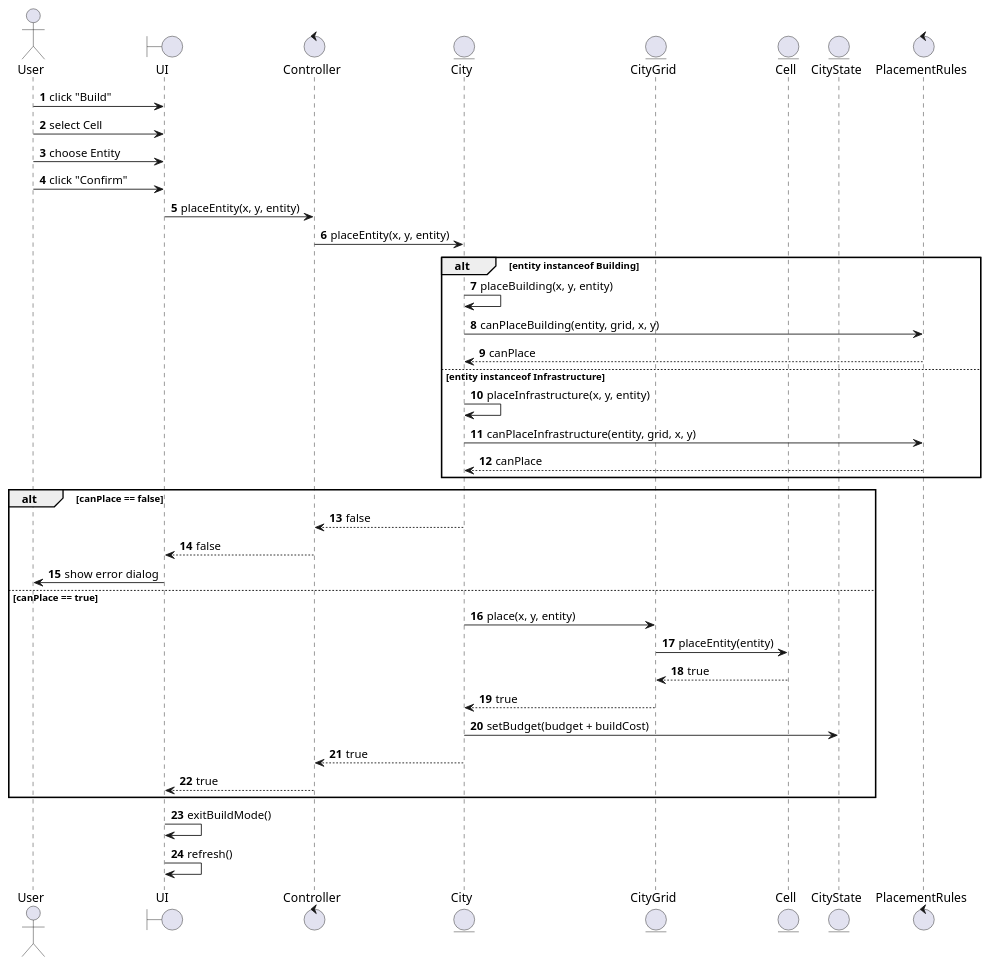
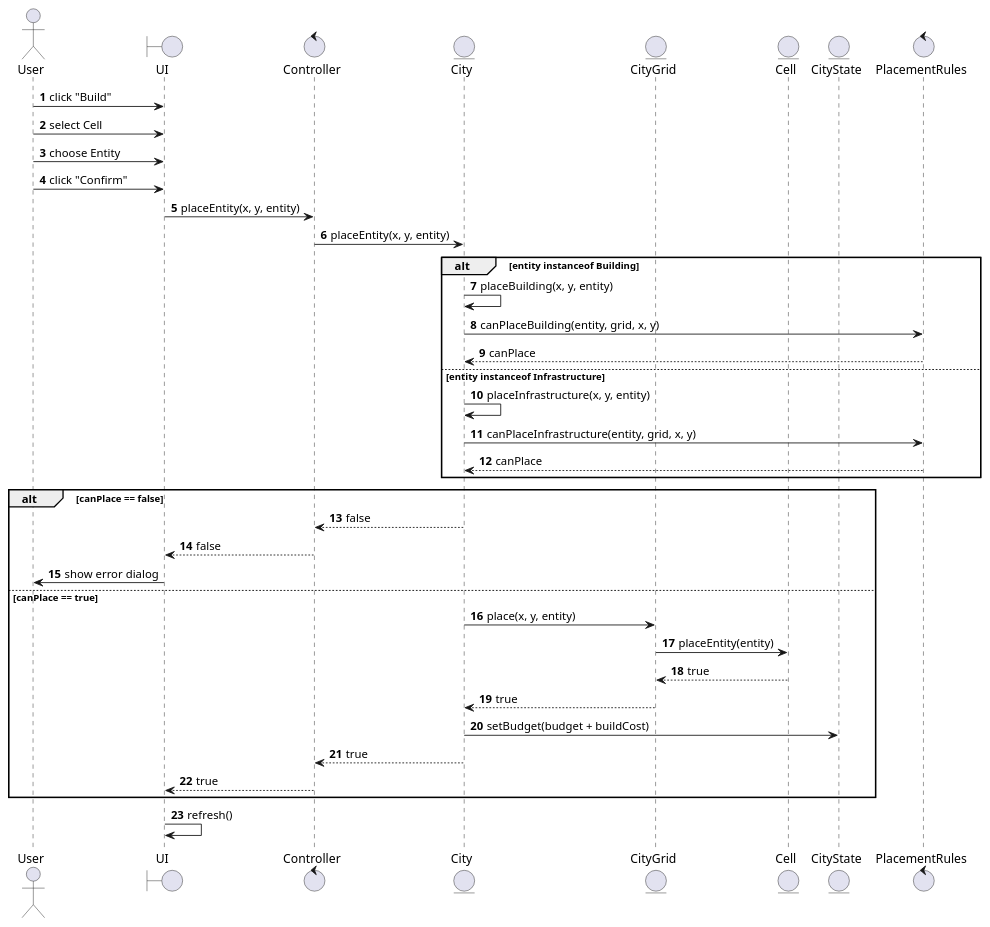
Before and after one commit to Anna-code17/ssa_project: the second of 5 diagrams in documents/diagrams_md/system_sequence_diagrams.md, drawn with PlantUML.

````diff
--- a/documents/diagrams_md/system_sequence_diagrams.md
+++ b/documents/diagrams_md/system_sequence_diagrams.md
@@ -100,54 +100,53 @@
 ```plantuml
 @startuml
 autonumber
 
 actor User
 boundary UI
 control Controller
 entity City
 entity CityGrid
 entity Cell
 entity CityState
 control PlacementRules
 
 User -> UI : click "Build"
 User -> UI : select Cell
 User -> UI : choose Entity
 User -> UI : click "Confirm"
 
 UI -> Controller : placeEntity(x, y, entity)
 
 Controller -> City : placeEntity(x, y, entity)
 
 alt entity instanceof Building
     City -> City : placeBuilding(x, y, entity)
     City -> PlacementRules : canPlaceBuilding(entity, grid, x, y)
     PlacementRules --> City : canPlace
 else entity instanceof Infrastructure
     City -> City : placeInfrastructure(x, y, entity)
     City -> PlacementRules : canPlaceInfrastructure(entity, grid, x, y)
     PlacementRules --> City : canPlace
 end
 
 alt canPlace == false
     City --> Controller : false
     Controller --> UI : false
     UI -> User : show error dialog
 else canPlace == true
     City -> CityGrid : place(x, y, entity)
     CityGrid -> Cell : placeEntity(entity)
 
     Cell --> CityGrid : true
     CityGrid --> City : true
         
     City -> CityState : setBudget(budget + buildCost)
         
     City --> Controller : true
     Controller --> UI : true
   end      
-    UI -> UI : exitBuildMode()
     UI -> UI : refresh()
  
 @enduml
 
 ```
````
